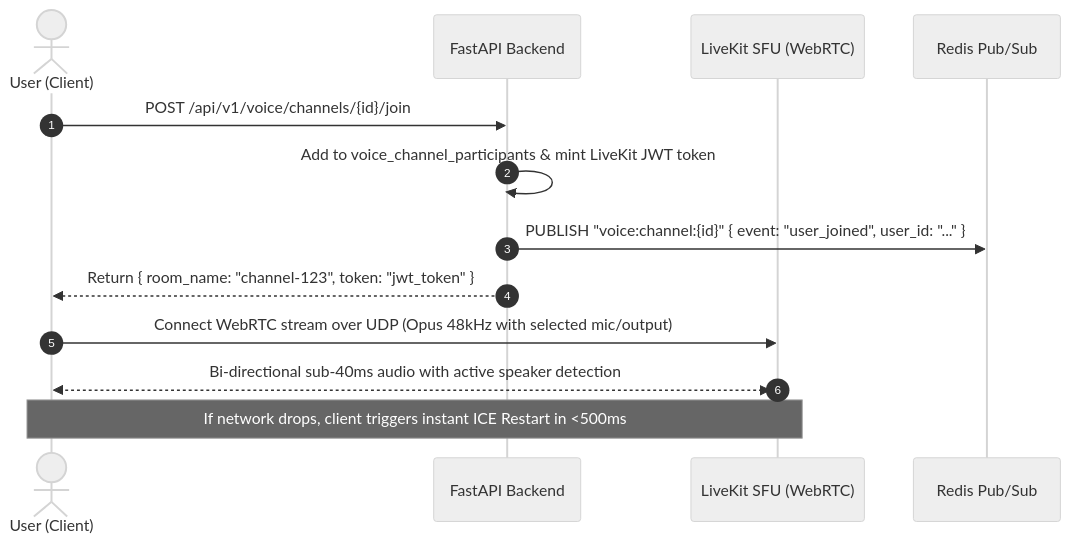
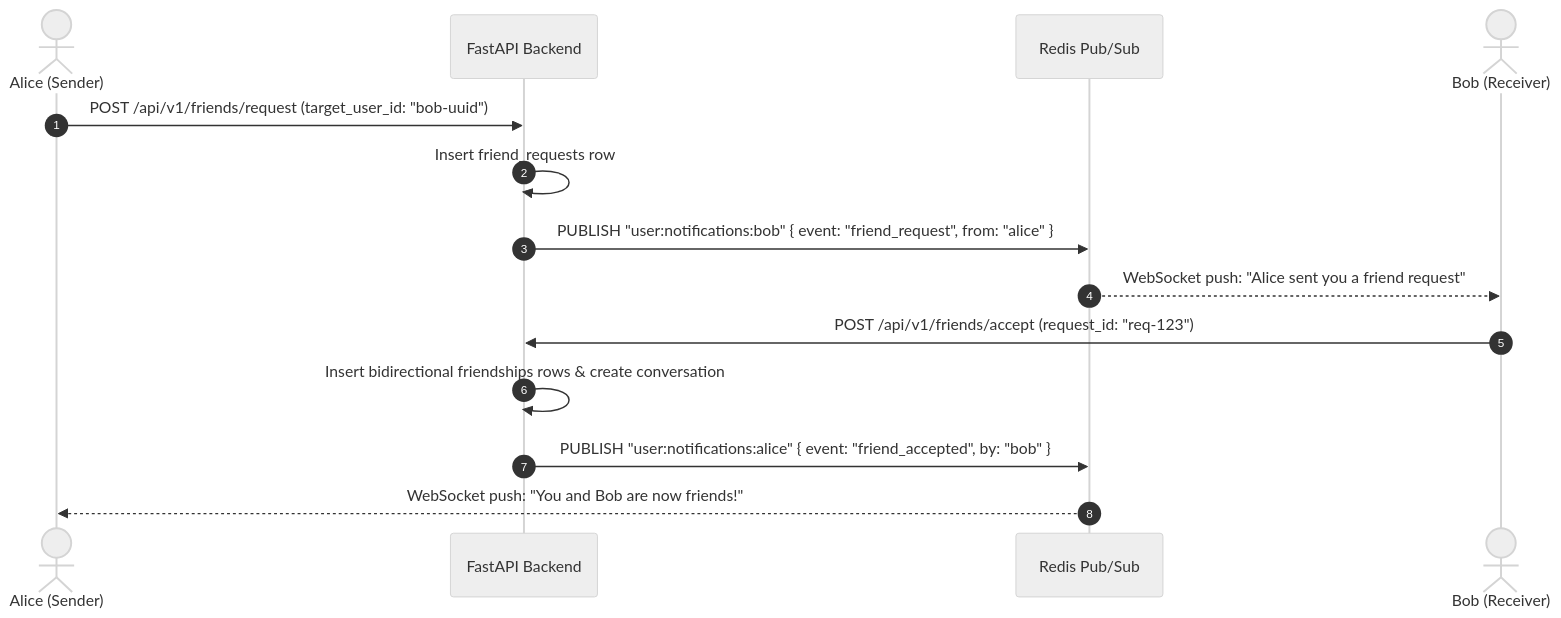
Before and after one commit to vineetkishore01/Loop: the third of 3 diagrams in plan.md, drawn with Mermaid (neutral theme). The commit also changed other lines of this file and 2 other files, not shown here.

Commit message:
feat: switch to pure spam-free Mutual Friend system

````diff
--- a/plan.md
+++ b/plan.md
@@ -487,16 +495,17 @@
 ```mermaid
 sequenceDiagram
     autonumber
-    actor User as User (Client)
+    actor Alice as Alice (Sender)
     participant API as FastAPI Backend
-    participant LiveKit as LiveKit SFU (WebRTC)
     participant Redis as Redis Pub/Sub
+    actor Bob as Bob (Receiver)
 
-    User->>API: POST /api/v1/voice/channels/{id}/join
-    API->>API: Add to voice_channel_participants & mint LiveKit JWT token
-    API->>Redis: PUBLISH "voice:channel:{id}" { event: "user_joined", user_id: "..." }
-    API-->>User: Return { room_name: "channel-123", token: "jwt_token" }
-    User->>LiveKit: Connect WebRTC stream over UDP (Opus 48kHz with selected mic/output)
-    LiveKit<<-->>User: Bi-directional sub-40ms audio with active speaker detection
-    Note over User,LiveKit: If network drops, client triggers instant ICE Restart in <500ms
+    Alice->>API: POST /api/v1/friends/request (target_user_id: "bob-uuid")
+    API->>API: Insert friend_requests row
+    API->>Redis: PUBLISH "user:notifications:bob" { event: "friend_request", from: "alice" }
+    Redis-->>Bob: WebSocket push: "Alice sent you a friend request"
+    Bob->>API: POST /api/v1/friends/accept (request_id: "req-123")
+    API->>API: Insert bidirectional friendships rows & create conversation
+    API->>Redis: PUBLISH "user:notifications:alice" { event: "friend_accepted", by: "bob" }
+    Redis-->>Alice: WebSocket push: "You and Bob are now friends!"
 ```
````
